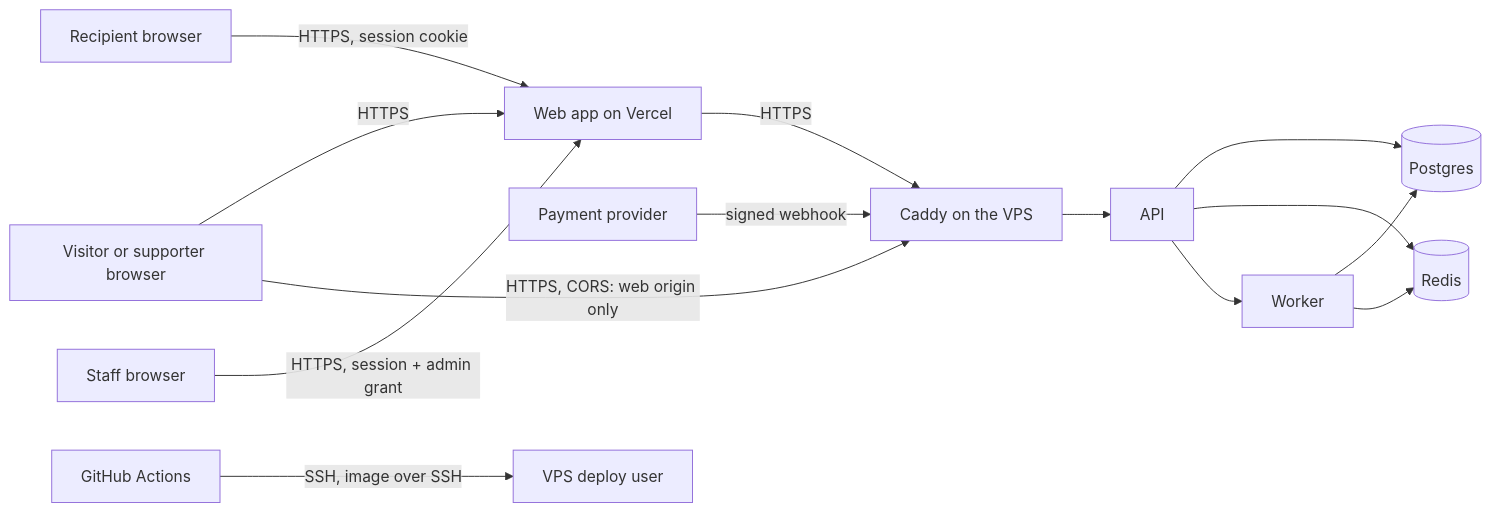
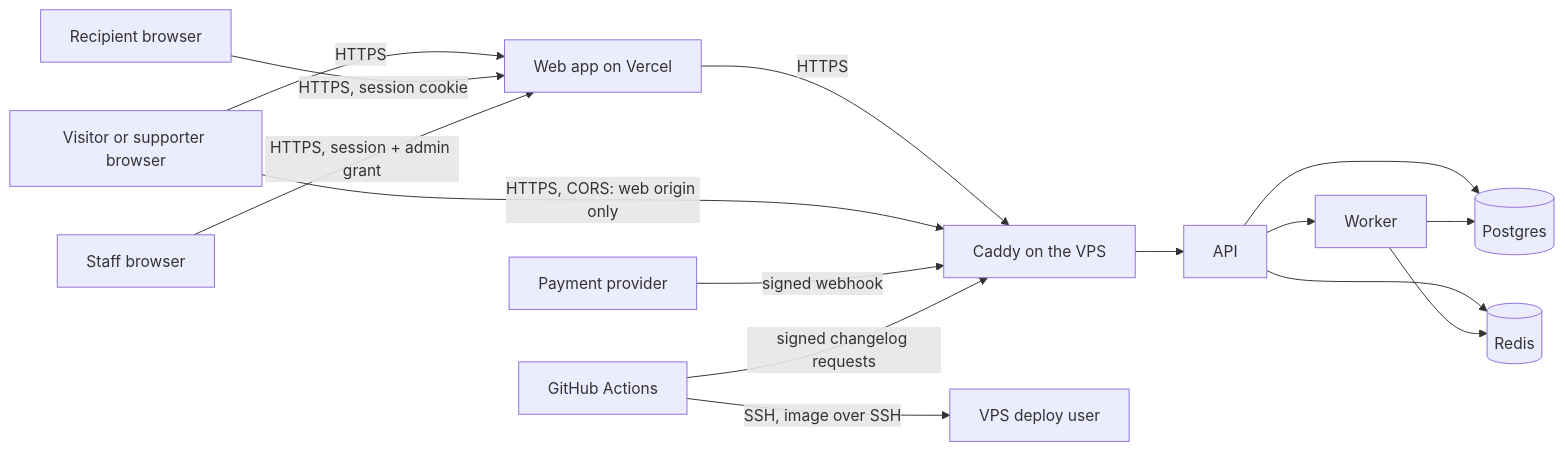
The diagram in docs/security/threat-model.md (TheSaviourEking/Tipme), drawn with Mermaid before and after one commit. The commit also changed other lines of this file, not shown here.

Commit message:
docs(security): the signed changelog endpoints in the threat model

````diff
--- a/docs/security/threat-model.md
+++ b/docs/security/threat-model.md
@@ -21,16 +21,17 @@
 ```mermaid
 flowchart LR
   V[Visitor or supporter browser] -->|HTTPS| W[Web app on Vercel]
   R[Recipient browser] -->|HTTPS, session cookie| W
   S[Staff browser] -->|HTTPS, session + admin grant| W
   W -->|HTTPS| C[Caddy on the VPS]
   V -->|HTTPS, CORS: web origin only| C
   P[Payment provider] -->|signed webhook| C
   C --> A[API]
   A --> D[(Postgres)]
   A --> Q[(Redis)]
   A --> K[Worker]
   K --> D
   K --> Q
   G[GitHub Actions] -->|SSH, image over SSH| H[VPS deploy user]
+  G -->|signed changelog requests| C
 ```
````
